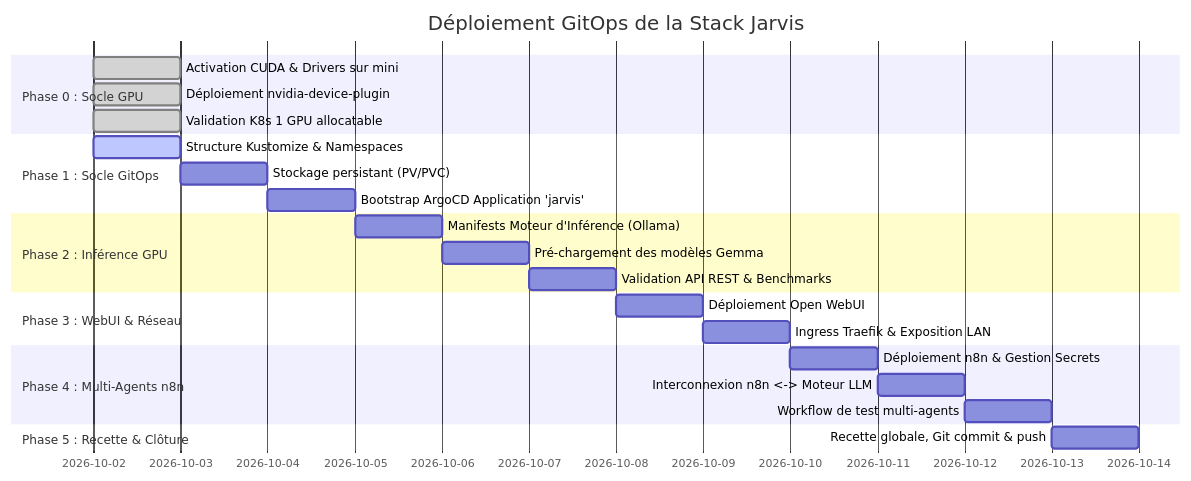
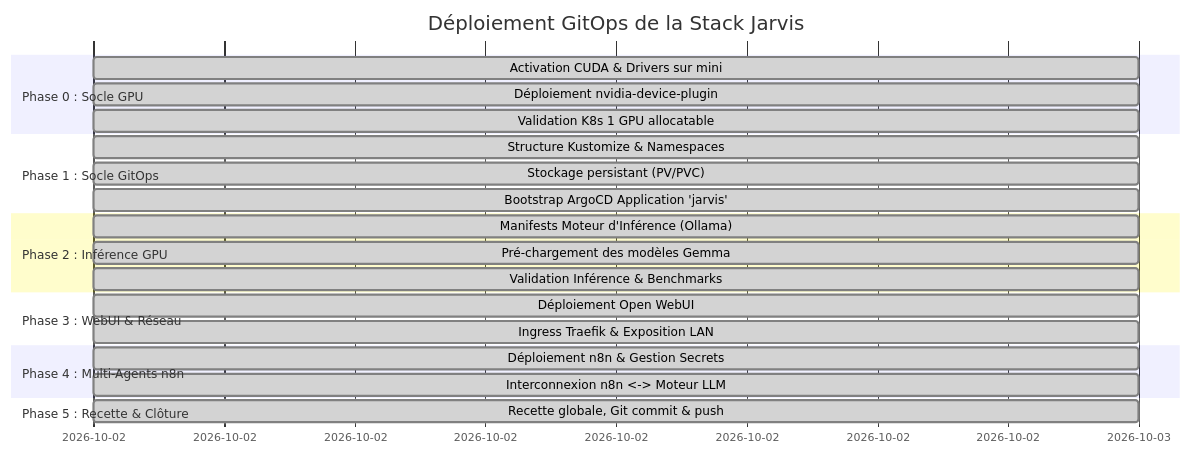
Before and after one commit to xelnagas/argocd-IA-local: the diagram in planaction.md, drawn with Mermaid. The commit also changed other lines of this file, not shown here.

Commit message:
docs(plan): update planaction.md with complete deployment validation

````diff
--- a/planaction.md
+++ b/planaction.md
@@ -16,26 +16,25 @@
 ```mermaid
 gantt
     title Déploiement GitOps de la Stack Jarvis
     dateFormat  YYYY-MM-DD
     section Phase 0 : Socle GPU
     Activation CUDA & Drivers sur mini       :done,    p0_1, 2026-10-02, 1d
     Déploiement nvidia-device-plugin         :done,    p0_2, 2026-10-02, 1d
     Validation K8s 1 GPU allocatable         :done,    p0_3, 2026-10-02, 1d
     section Phase 1 : Socle GitOps
-    Structure Kustomize & Namespaces         :active,  p1_1, 2026-10-02, 1d
-    Stockage persistant (PV/PVC)             :         p1_2, after p1_1, 1d
-    Bootstrap ArgoCD Application 'jarvis'    :         p1_3, after p1_2, 1d
+    Structure Kustomize & Namespaces         :done,    p1_1, 2026-10-02, 1d
+    Stockage persistant (PV/PVC)             :done,    p1_2, 2026-10-02, 1d
+    Bootstrap ArgoCD Application 'jarvis'    :done,    p1_3, 2026-10-02, 1d
     section Phase 2 : Inférence GPU
-    Manifests Moteur d'Inférence (Ollama)    :         p2_1, after p1_3, 1d
-    Pré-chargement des modèles Gemma         :         p2_2, after p2_1, 1d
-    Validation API REST & Benchmarks         :         p2_3, after p2_2, 1d
+    Manifests Moteur d'Inférence (Ollama)    :done,    p2_1, 2026-10-02, 1d
+    Pré-chargement des modèles Gemma         :done,    p2_2, 2026-10-02, 1d
+    Validation Inférence & Benchmarks        :done,    p2_3, 2026-10-02, 1d
     section Phase 3 : WebUI & Réseau
-    Déploiement Open WebUI                   :         p3_1, after p2_3, 1d
-    Ingress Traefik & Exposition LAN         :         p3_2, after p3_1, 1d
+    Déploiement Open WebUI                   :done,    p3_1, 2026-10-02, 1d
+    Ingress Traefik & Exposition LAN         :done,    p3_2, 2026-10-02, 1d
     section Phase 4 : Multi-Agents n8n
-    Déploiement n8n & Gestion Secrets        :         p4_1, after p3_2, 1d
-    Interconnexion n8n <-> Moteur LLM        :         p4_2, after p4_1, 1d
-    Workflow de test multi-agents            :         p4_3, after p4_2, 1d
+    Déploiement n8n & Gestion Secrets        :done,    p4_1, 2026-10-02, 1d
+    Interconnexion n8n <-> Moteur LLM        :done,    p4_2, 2026-10-02, 1d
     section Phase 5 : Recette & Clôture
-    Recette globale, Git commit & push       :         p5_1, after p4_3, 1d
+    Recette globale, Git commit & push       :done,    p5_1, 2026-10-02, 1d
 ```
````
